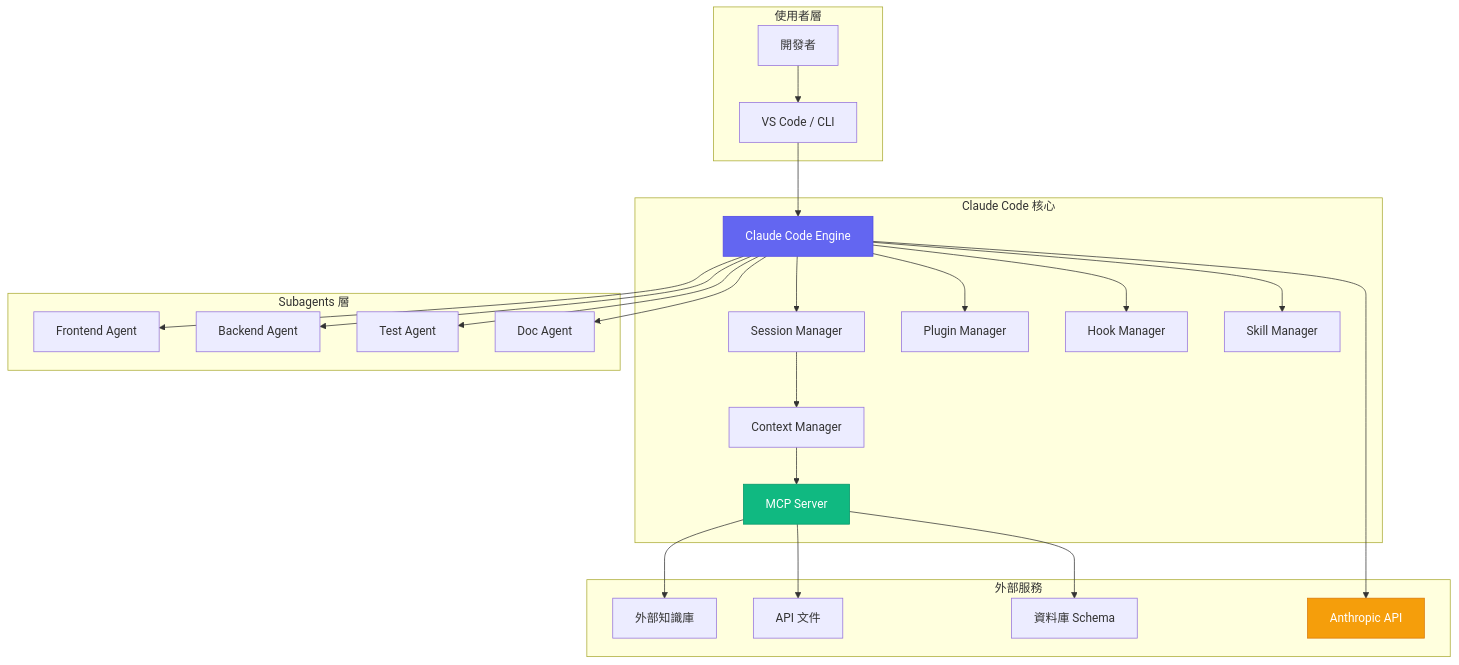
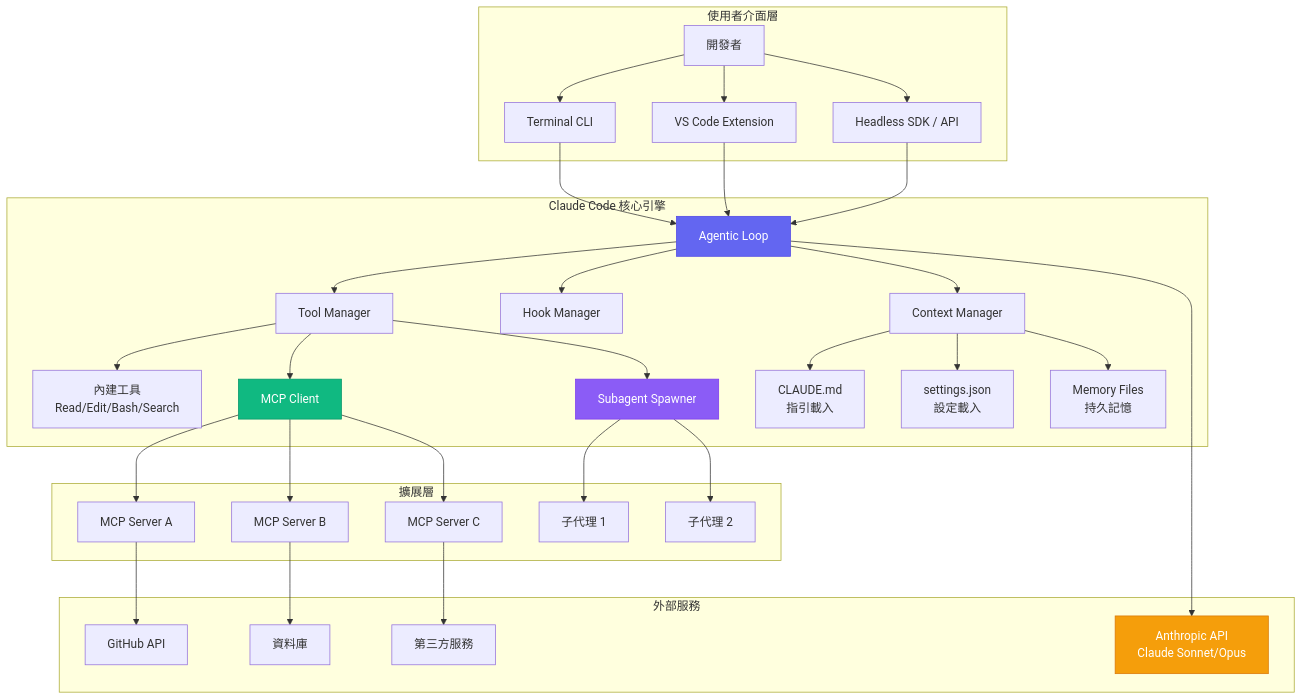
One commit to chihhung/Blog changed the fourth of 57 diagrams in content/posts/教學/AI開發/Claude Code生態圈教學手冊.md. Above: the diagram before and after it, drawn with Mermaid. The commit also changed other lines of this file and 3 other files, not shown here.

Commit message:
新增 OpenAI Codex 生態系教學手冊、expand_doc.py，更新 Claude Code 及 opencode 教學手冊

````diff
--- a/content/posts/教學/AI開發/Claude Code生態圈教學手冊.md
+++ b/content/posts/教學/AI開發/Claude Code生態圈教學手冊.md
@@ -339,35 +596,46 @@
 ```mermaid
 graph TB
-    subgraph "使用者層"
-        U[開發者] --> IDE[VS Code / CLI]
+    subgraph "使用者介面層"
+        U[開發者] --> CLI[Terminal CLI]
+        U --> VSC[VS Code Extension]
+        U --> SDK[Headless SDK / API]
     end
     
-    subgraph "Claude Code 核心"
-        IDE --> CC[Claude Code Engine]
-        CC --> SM[Session Manager]
-        CC --> PM[Plugin Manager]
-        CC --> HM[Hook Manager]
-        CC --> SKM[Skill Manager]
+    subgraph "Claude Code 核心引擎"
+        CLI --> AL[Agentic Loop]
+        VSC --> AL
+        SDK --> AL
         
-        SM --> CTX[Context Manager]
-        CTX --> MCP[MCP Server]
+        AL --> TM[Tool Manager]
+        AL --> HM[Hook Manager]
+        AL --> CM[Context Manager]
+        
+        TM --> BT[內建工具<br/>Read/Edit/Bash/Search]
+        TM --> MCPc[MCP Client]
+        TM --> SA[Subagent Spawner]
+        
+        CM --> CLAUDE[CLAUDE.md<br/>指引載入]
+        CM --> SETTINGS[settings.json<br/>設定載入]
+        CM --> MEMORY[Memory Files<br/>持久記憶]
     end
     
-    subgraph "Subagents 層"
-        CC --> SA1[Frontend Agent]
-        CC --> SA2[Backend Agent]
-        CC --> SA3[Test Agent]
-        CC --> SA4[Doc Agent]
+    subgraph "擴展層"
+        MCPc --> MCP1[MCP Server A]
+        MCPc --> MCP2[MCP Server B]
+        MCPc --> MCP3[MCP Server C]
+        SA --> SA1[子代理 1]
+        SA --> SA2[子代理 2]
     end
     
     subgraph "外部服務"
-        MCP --> EXT1[外部知識庫]
-        MCP --> EXT2[API 文件]
-        MCP --> EXT3[資料庫 Schema]
-        CC --> API[Anthropic API]
+        AL --> API[Anthropic API<br/>Claude Sonnet/Opus]
+        MCP1 --> EXT1[GitHub API]
+        MCP2 --> EXT2[資料庫]
+        MCP3 --> EXT3[第三方服務]
     end
     
-    style CC fill:#6366f1,stroke:#4f46e5,color:#fff
-    style MCP fill:#10b981,stroke:#059669,color:#fff
+    style AL fill:#6366f1,stroke:#4f46e5,color:#fff
+    style MCPc fill:#10b981,stroke:#059669,color:#fff
     style API fill:#f59e0b,stroke:#d97706,color:#fff
+    style SA fill:#8b5cf6,stroke:#7c3aed,color:#fff
 ```
````
